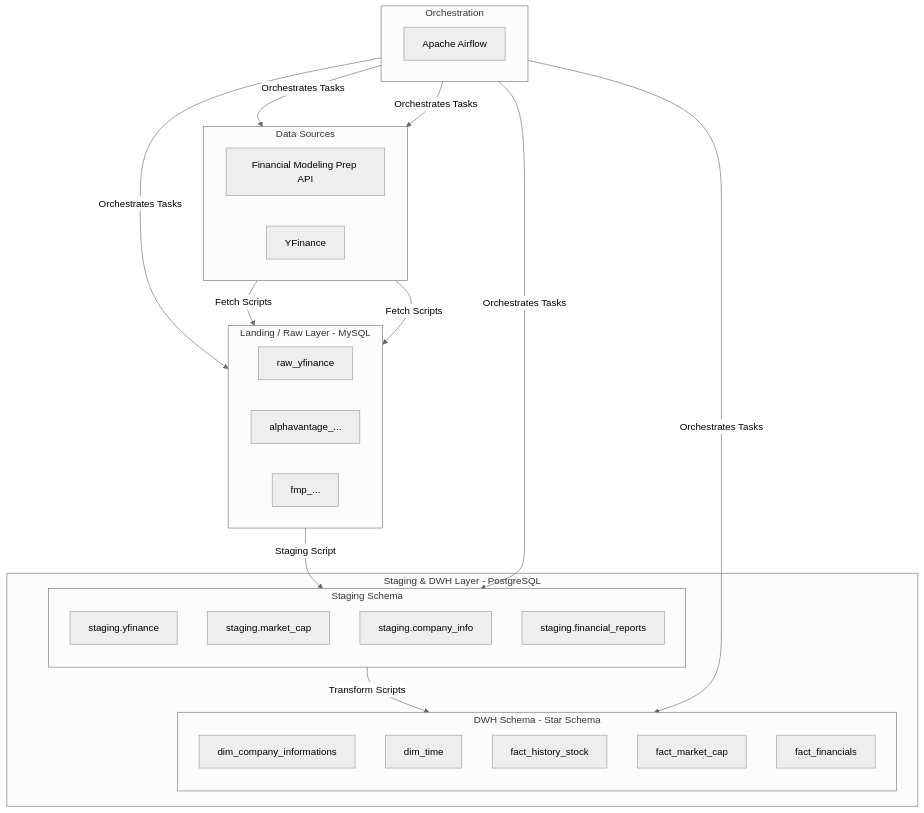
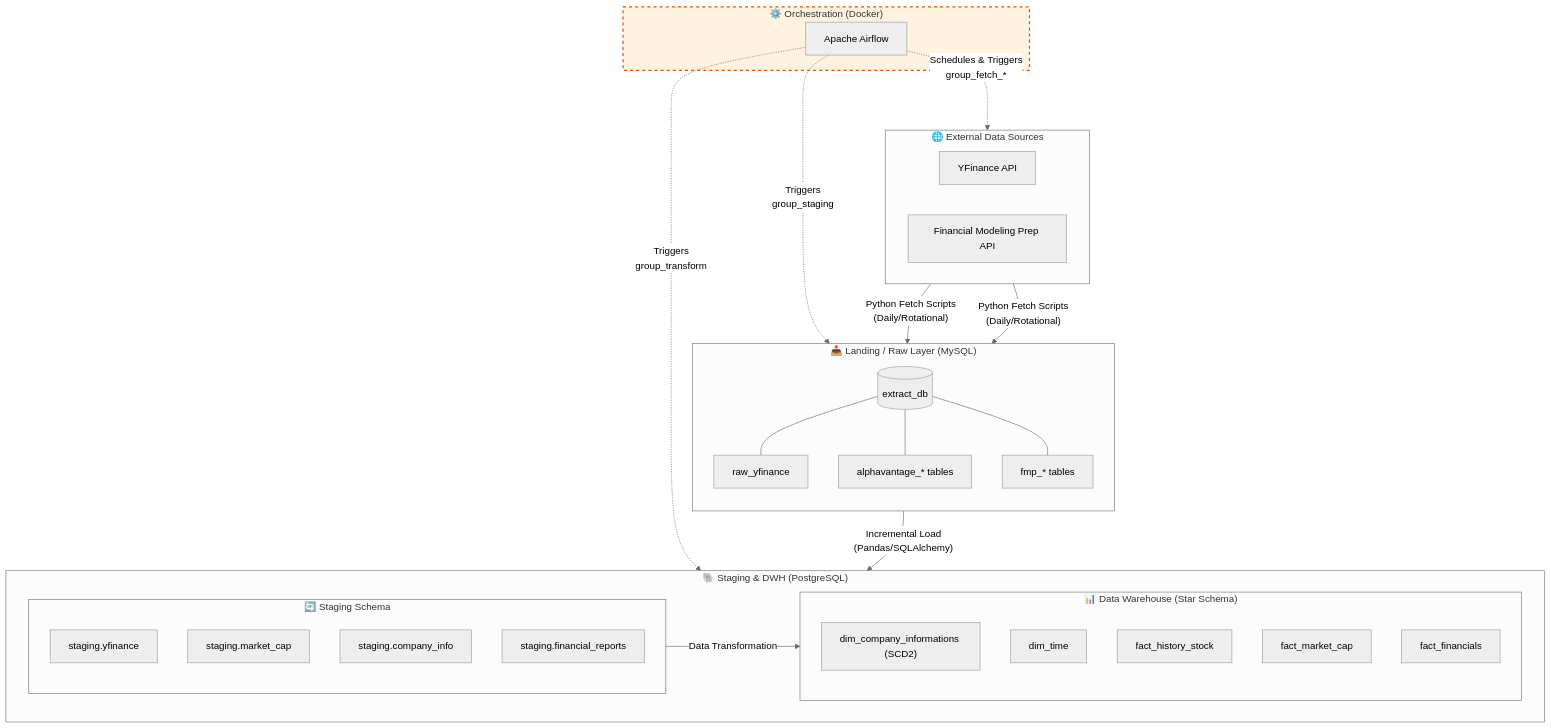
One commit to Hoawt2/building-stock-analytics-pipeline changed the diagram in README.md. Above: the diagram before and after it, drawn with Mermaid (neutral theme). The commit also changed other lines of this file and 2 other files, not shown here.

````diff
--- a/README.md
+++ b/README.md
@@ -17,47 +17,73 @@
 ```mermaid
-graph TD;
-    subgraph A[Data Sources]
+flowchart TD
+    %% Colors and Styling
+    classDef source fill:#f9f9f9,stroke:#333,stroke-width:2px;
+    classDef landing fill:#e1f5fe,stroke:#0288d1,stroke-width:2px;
+    classDef staging fill:#ede7f6,stroke:#512da8,stroke-width:2px;
+    classDef dwh fill:#e8f5e9,stroke:#388e3c,stroke-width:2px;
+    classDef orchestrator fill:#fff3e0,stroke:#e65100,stroke-width:2px,stroke-dasharray: 5 5;
+
+    %% Orchestration
+    subgraph Orchestration["⚙️ Orchestration (Docker)"]
+        Airflow["Apache Airflow"]
+    end
+    class Orchestration orchestrator
+
+    %% Data Sources
+    subgraph Sources["🌐 External Data Sources"]
         direction LR
-        API_FMP[Financial Modeling Prep API]
-        API_YF[YFinance]
+        YF["YFinance API"]
+        FMP["Financial Modeling Prep API"]
     end
+    class Sources source
 
-    subgraph B[Landing / Raw Layer - MySQL]
+    %% Landing Layer
+    subgraph Landing["📥 Landing / Raw Layer (MySQL)"]
+        direction TB
+        DB_Extract[("extract_db")]
+        raw_yf["raw_yfinance"]
+        raw_alpha["alphavantage_* tables"]
+        raw_fmp["fmp_* tables"]
+        
+        DB_Extract --- raw_yf & raw_alpha & raw_fmp
+    end
+    class Landing landing
+
+    %% Staging & DWH Layer
+    subgraph Postgres["🐘 Staging & DWH (PostgreSQL)"]
         direction LR
-        T1[raw_yfinance]
-        T2[alphavantage_...]
-        T3[fmp_...]
-    end
-
-    subgraph C[Staging & DWH Layer - PostgreSQL]
-        subgraph C1[Staging Schema]
+        
+        subgraph Staging["🔄 Staging Schema"]
             direction TB
-            ST1[staging.yfinance]
-            ST2[staging.market_cap]
-            ST3[staging.company_info]
-            ST4[staging.financial_reports]
+            stg_yf["staging.yfinance"]
+            stg_mc["staging.market_cap"]
+            stg_ci["staging.company_info"]
+            stg_fr["staging.financial_reports"]
         end
-        subgraph C2[DWH Schema - Star Schema]
+        
+        subgraph DWH["📊 Data Warehouse (Star Schema)"]
             direction TB
-            D1[dim_company_informations]
-            D2[dim_time]
-            F1[fact_history_stock]
-            F2[fact_market_cap]
-            F3[fact_financials]
+            dim_co["dim_company_informations (SCD2)"]
+            dim_time["dim_time"]
+            fact_hs["fact_history_stock"]
+            fact_mc["fact_market_cap"]
+            fact_fin["fact_financials"]
         end
     end
+    class Postgres staging
+    class Staging staging
+    class DWH dwh
 
-    subgraph D[Orchestration]
-        Airflow[Apache Airflow]
-    end
+    %% Data Flow
+    YF -- "Python Fetch Scripts\n(Daily/Rotational)" --> DB_Extract
+    FMP -- "Python Fetch Scripts\n(Daily/Rotational)" --> DB_Extract
+    
+    DB_Extract -- "Incremental Load\n(Pandas/SQLAlchemy)" --> Staging
+    
+    Staging -- "Data Transformation" --> DWH
 
-    API_FMP -- "Fetch Scripts" --> B;
-    API_YF -- "Fetch Scripts" --> B;
-    B -- "Staging Script" --> C1;
-    C1 -- "Transform Scripts" --> C2;
-    D -- "Orchestrates Tasks" --> API_FMP;
-    D -- "Orchestrates Tasks" --> API_YF;
-    D -- "Orchestrates Tasks" --> B;
-    D -- "Orchestrates Tasks" --> C1;
-    D -- "Orchestrates Tasks" --> C2;
+    %% Orchestration Links
+    Airflow -. "Schedules & Triggers\ngroup_fetch_*" .-> Sources
+    Airflow -. "Triggers\ngroup_staging" .-> Landing
+    Airflow -. "Triggers\ngroup_transform" .-> Postgres
 ```
````
